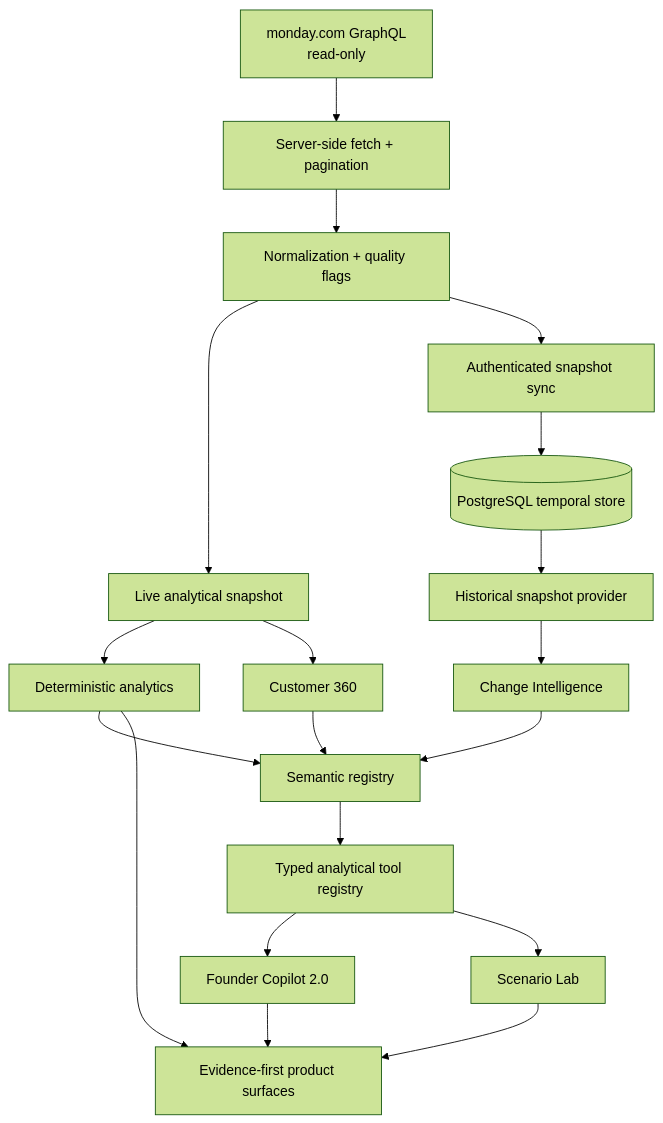
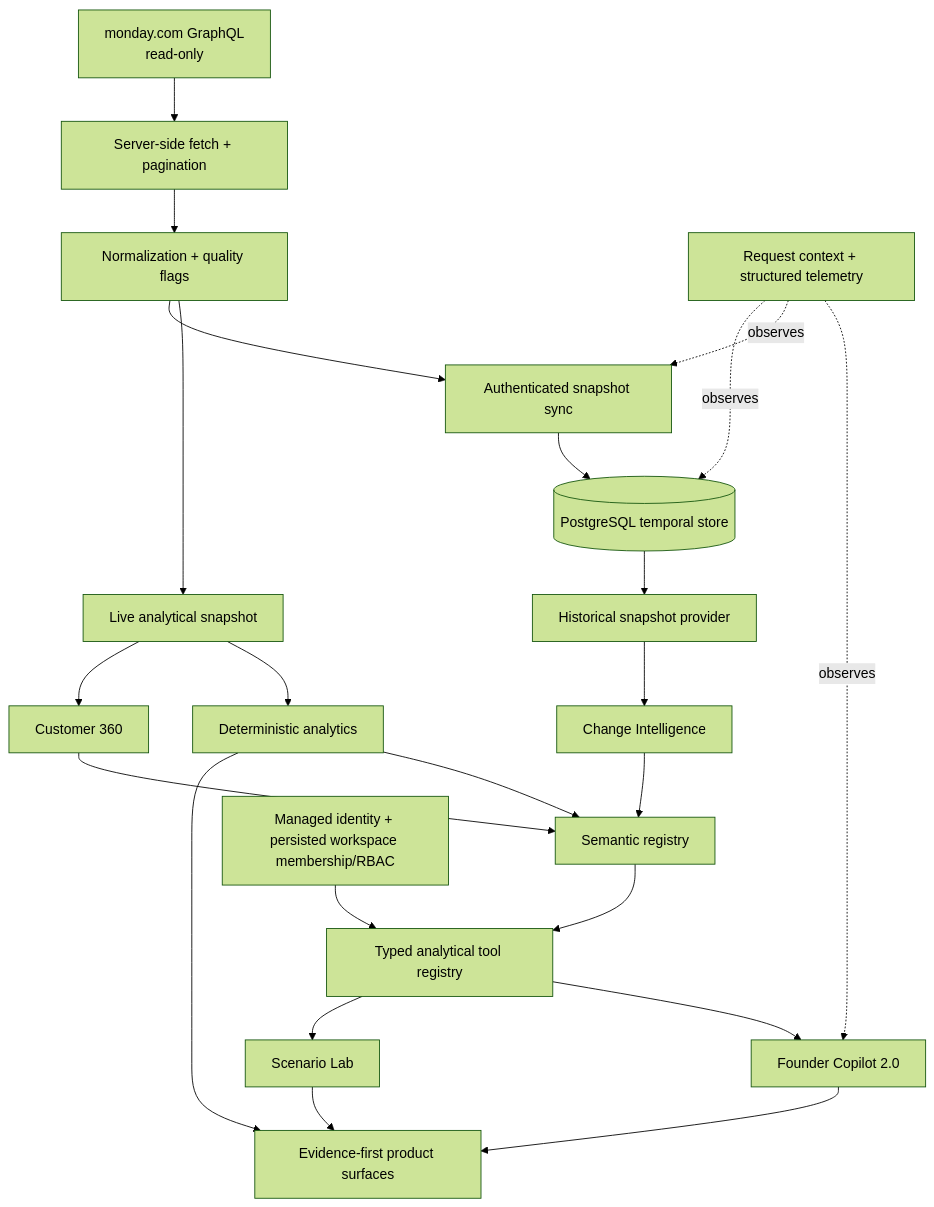
The first of 3 diagrams in docs/ARCHITECTURE.md (Rishikeshsanin/skylark-command), drawn with Mermaid (forest theme) before and after one commit. The commit also changed other lines of this file, not shown here.

Commit message:
docs(v2): add auth and observability architecture

````diff
--- a/docs/ARCHITECTURE.md
+++ b/docs/ARCHITECTURE.md
@@ -7,25 +7,30 @@
 ```mermaid
 flowchart TD
     M[monday.com GraphQL<br/>read-only] --> F[Server-side fetch + pagination]
     F --> N[Normalization + quality flags]
     N --> LIVE[Live analytical snapshot]
     N --> SYNC[Authenticated snapshot sync]
     SYNC --> PG[(PostgreSQL temporal store)]
 
     LIVE --> ANALYTICS[Deterministic analytics]
     PG --> HISTORY[Historical snapshot provider]
     HISTORY --> CHANGE[Change Intelligence]
     LIVE --> C360[Customer 360]
 
     ANALYTICS --> SEM[Semantic registry]
     CHANGE --> SEM
     C360 --> SEM
 
+    AUTH[Managed identity + persisted workspace membership/RBAC] --> TOOLS
     SEM --> TOOLS[Typed analytical tool registry]
     TOOLS --> COPILOT[Founder Copilot 2.0]
     TOOLS --> SCENARIO[Scenario Lab]
 
     COPILOT --> UI[Evidence-first product surfaces]
     SCENARIO --> UI
     ANALYTICS --> UI
+
+    OBS[Request context + structured telemetry] -. observes .-> COPILOT
+    OBS -. observes .-> SYNC
+    OBS -. observes .-> PG
 ```
````
